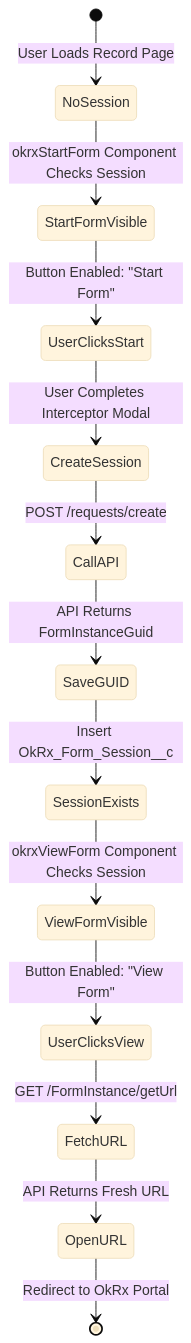
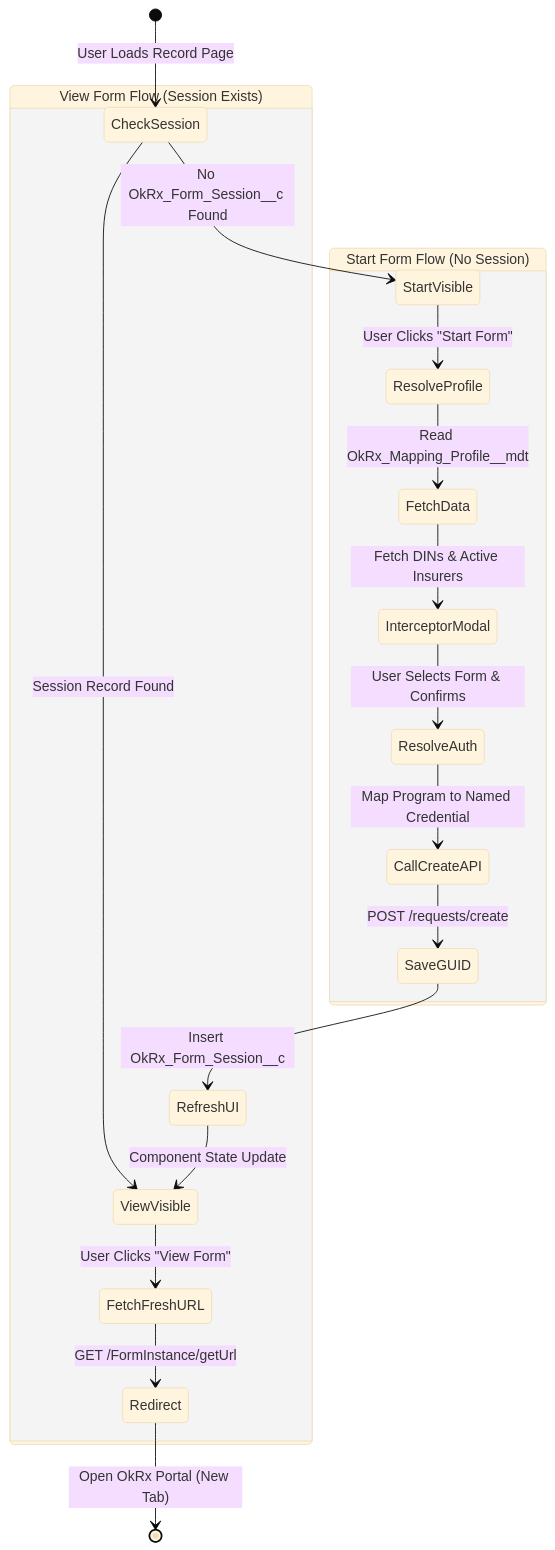
One commit to SaketLeven/OkRxSalesForceConnector changed the second of 5 diagrams in README.md. Above: the diagram before and after it, drawn with Mermaid (base theme).

````diff
--- a/README.md
+++ b/README.md
@@ -276,17 +276,37 @@
 ```mermaid
 stateDiagram-v2
-    [*] --> NoSession: User Loads Record Page
+    [*] --> CheckSession: User Loads Record Page
     
-    NoSession --> StartFormVisible: okrxStartForm Component Checks Session
-    StartFormVisible --> UserClicksStart: Button Enabled: "Start Form"
-    UserClicksStart --> CreateSession: User Completes Interceptor Modal
-    CreateSession --> CallAPI: POST /requests/create
-    CallAPI --> SaveGUID: API Returns FormInstanceGuid
-    SaveGUID --> SessionExists: Insert OkRx_Form_Session__c
-    
-    SessionExists --> ViewFormVisible: okrxViewForm Component Checks Session
-    ViewFormVisible --> UserClicksView: Button Enabled: "View Form"
-    UserClicksView --> FetchURL: GET /FormInstance/getUrl
-    FetchURL --> OpenURL: API Returns Fresh URL
-    OpenURL --> [*]: Redirect to OkRx Portal
+    state "Start Form Flow (No Session)" as StartFlow {
+        CheckSession --> StartVisible: No OkRx_Form_Session__c Found
+        StartVisible --> ResolveProfile: User Clicks "Start Form"
+        
+        %% Challenge 3: Dynamic Config Resolution
+        ResolveProfile --> FetchData: Read OkRx_Mapping_Profile__mdt
+        
+        %% Challenge 1: Search Endpoint Logic
+        FetchData --> InterceptorModal: Fetch DINs & Active Insurers
+        
+        InterceptorModal --> ResolveAuth: User Selects Form & Confirms
+        
+        %% Challenge 5: Dynamic Authentication
+        ResolveAuth --> CallCreateAPI: Map Program to Named Credential
+        
+        %% Challenge 2: Create Endpoint
+        CallCreateAPI --> SaveGUID: POST /requests/create
+        
+        %% Challenge 4: Persistence
+        SaveGUID --> RefreshUI: Insert OkRx_Form_Session__c
+    }
+
+    state "View Form Flow (Session Exists)" as ViewFlow {
+        CheckSession --> ViewVisible: Session Record Found
+        RefreshUI --> ViewVisible: Component State Update
+        ViewVisible --> FetchFreshURL: User Clicks "View Form"
+        
+        %% Challenge 4: No URL Storage (Always Fetch Fresh)
+        FetchFreshURL --> Redirect: GET /FormInstance/getUrl
+    }
+
+    Redirect --> [*]: Open OkRx Portal (New Tab)
 ```
````
